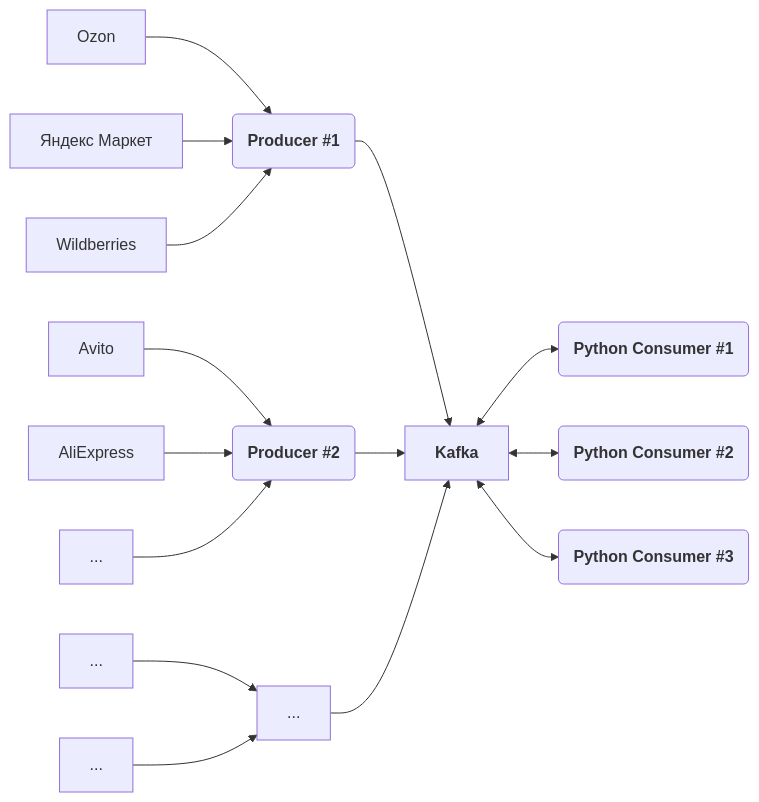
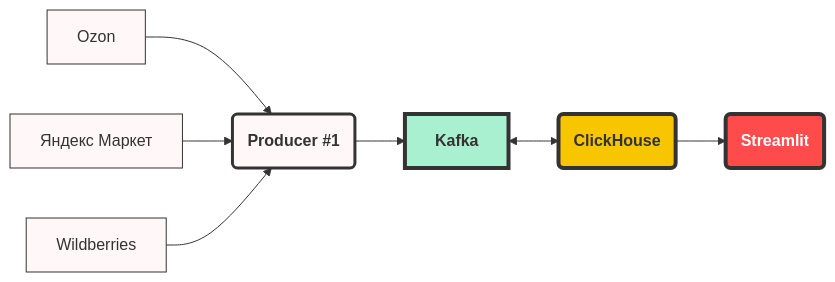
The diagram in README.md (DeLornk/streaming_data_processing_spbu_2024), drawn with Mermaid before and after one commit. The commit also changed other lines of this file, not shown here.

````diff
--- a/README.md
+++ b/README.md
@@ -12,24 +6,27 @@
 ```mermaid
 graph LR
 	
 	m1[Ozon]-->P1
 	m2[Яндекс Маркет]-->P1
 	m3[Wildberries]-->P1
 	
-	m4[Avito]-->P2
-	m5[AliExpress]-->P2
-	m6[...]-->P2
 
-  m7[...]-->P3
-  m8[...]-->P3
 
 	P1(<b>Producer #1</b>) --> Kafka
-	P2(<b>Producer #2</b>) --> Kafka
-  P3[...] --> Kafka
+
 	
 	Kafka[<b>Kafka</b>]
 	
-	Kafka <--> C1(<b>Python Consumer #1</b>)
-	Kafka <--> C2(<b>Python Consumer #2</b>)
-	Kafka <--> C3(<b>Python Consumer #3</b>) 
+	Kafka <--> Click(<b>ClickHouse</b>)
+	
+	Click-->Streamlit(<b>Streamlit</b>)
+	
+	
+	style Streamlit fill:#FF4B4B,stroke:#333,stroke-width:4px,color:#fff
+    style Click fill:#F7C600,stroke:#333,stroke-width:4px
+    style Kafka fill:#A9F0D1,stroke:#333,stroke-width:4px
+    style P1 fill:#FFF7F8,stroke:#333,stroke-width:3px
+    style m1 fill:#FFF7F8,stroke:#333,stroke-width:1px
+    style m2 fill:#FFF7F8,stroke:#333,stroke-width:1px
+    style m3 fill:#FFF7F8,stroke:#333,stroke-width:1px
 ```
````
